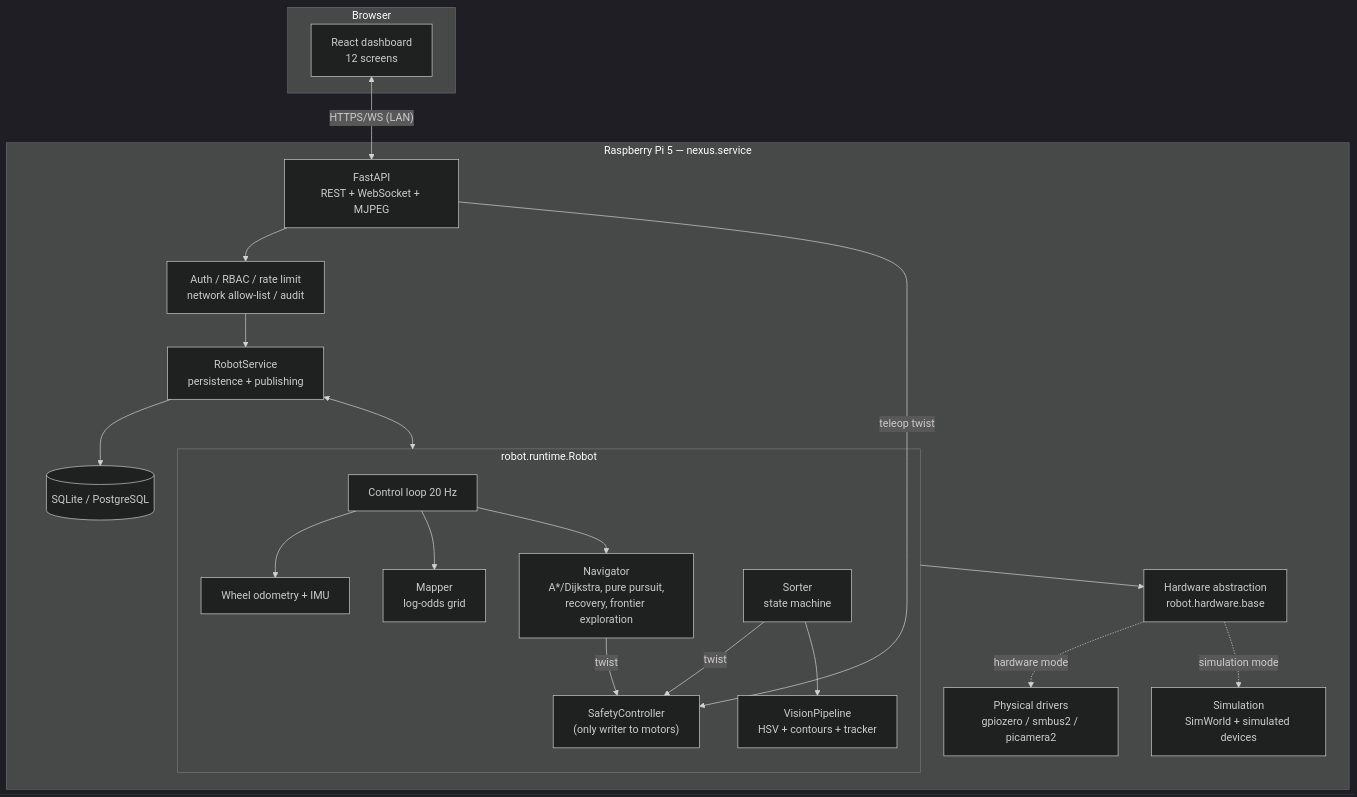
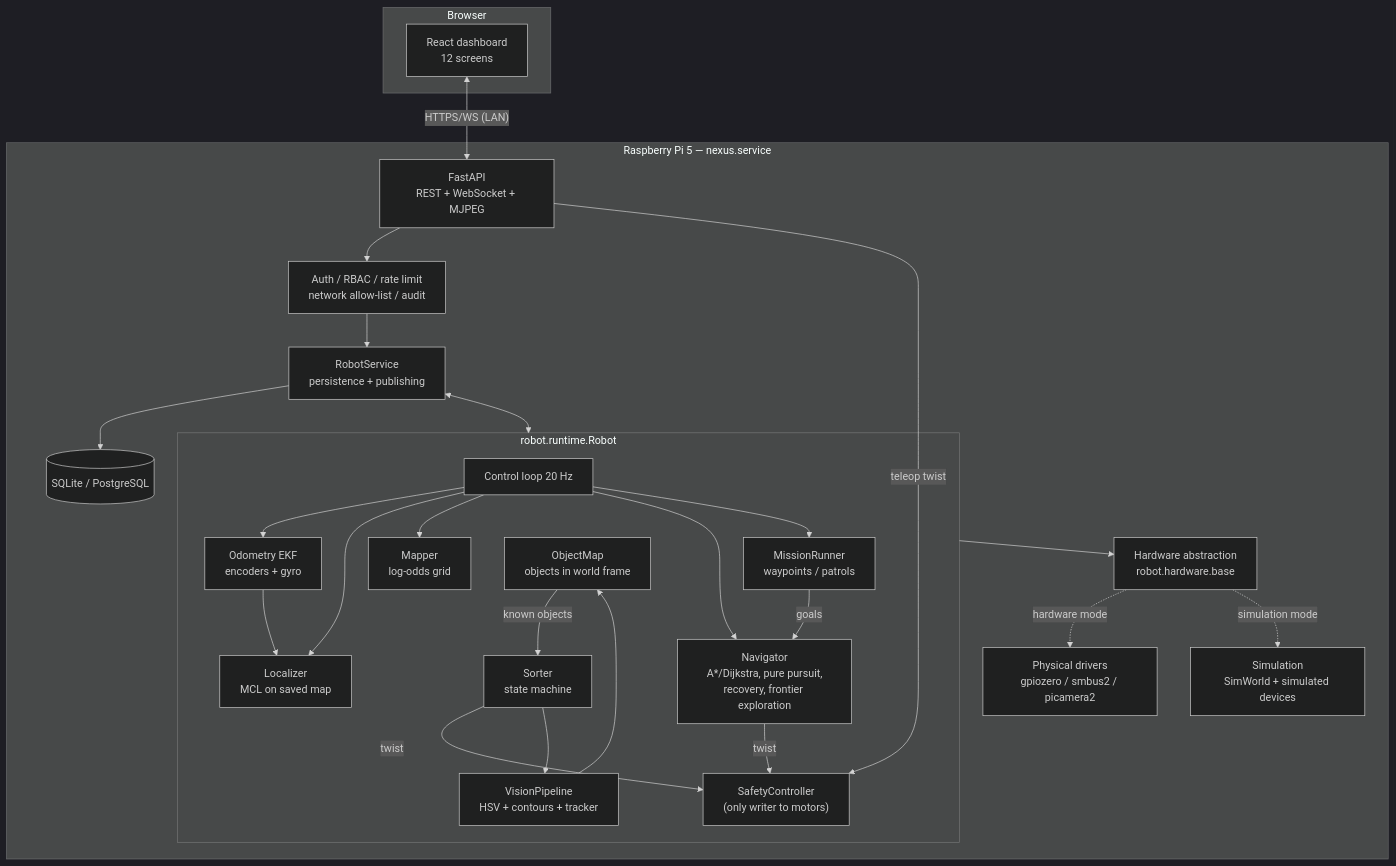
One commit to kryptonite012/autonomous-navigtion changed the first of 3 diagrams in docs/architecture.md. Above: the diagram before and after it, drawn with Mermaid (dark theme). The commit also changed other lines of this file and 1 other file, not shown here.

Commit message:
Update architecture and database docs for localisation, missions and object map

````diff
--- a/docs/architecture.md
+++ b/docs/architecture.md
@@ -14,36 +14,43 @@
 ```mermaid
 flowchart TB
     subgraph Browser
         UI["React dashboard<br/>12 screens"]
     end
     subgraph Pi["Raspberry Pi 5 — nexus.service"]
         API["FastAPI<br/>REST + WebSocket + MJPEG"]
         AUTH["Auth / RBAC / rate limit<br/>network allow-list / audit"]
         SVC["RobotService<br/>persistence + publishing"]
         DB[("SQLite / PostgreSQL")]
         subgraph Runtime["robot.runtime.Robot"]
             CTRL["Control loop 20 Hz"]
             SAF["SafetyController<br/>(only writer to motors)"]
-            ODO["Wheel odometry + IMU"]
+            ODO["Odometry EKF<br/>encoders + gyro"]
+            LOC["Localizer<br/>MCL on saved map"]
             MAP["Mapper<br/>log-odds grid"]
+            MIS["MissionRunner<br/>waypoints / patrols"]
+            OBJ["ObjectMap<br/>objects in world frame"]
             NAV["Navigator<br/>A*/Dijkstra, pure pursuit,<br/>recovery, frontier exploration"]
             VIS["VisionPipeline<br/>HSV + contours + tracker"]
             SORT["Sorter<br/>state machine"]
         end
         HAL["Hardware abstraction<br/>robot.hardware.base"]
         PHY["Physical drivers<br/>gpiozero / smbus2 / picamera2"]
         SIM["Simulation<br/>SimWorld + simulated devices"]
     end
     UI <-- "HTTPS/WS (LAN)" --> API
     API --> AUTH --> SVC
     SVC --> DB
     SVC <--> Runtime
-    CTRL --> ODO & MAP & NAV
+    CTRL --> ODO & LOC & MAP & NAV & MIS
+    ODO --> LOC
+    MIS -- "goals" --> NAV
+    VIS --> OBJ
+    OBJ -- "known objects" --> SORT
     NAV -- "twist" --> SAF
     SORT -- "twist" --> SAF
     API -- "teleop twist" --> SAF
     SORT --> VIS
     Runtime --> HAL
     HAL -.hardware mode.-> PHY
     HAL -.simulation mode.-> SIM
 ```
````
